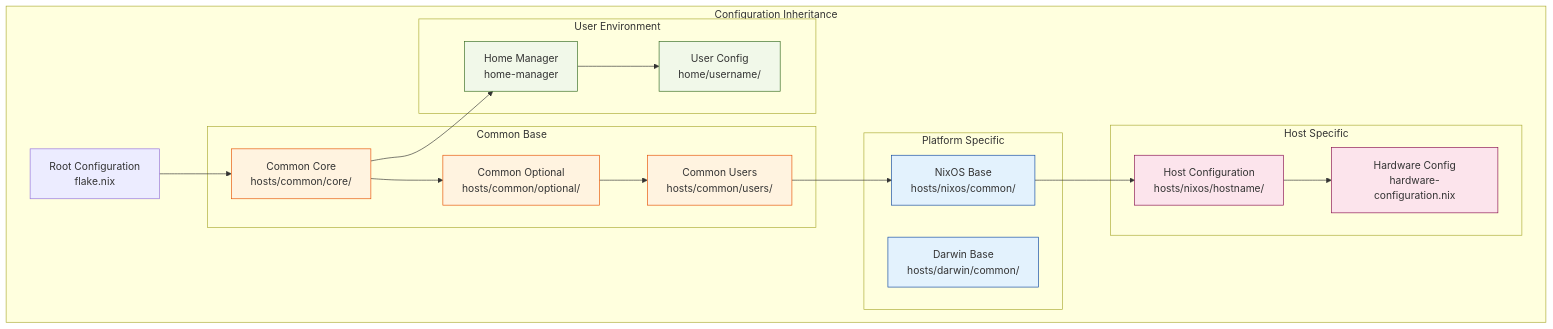
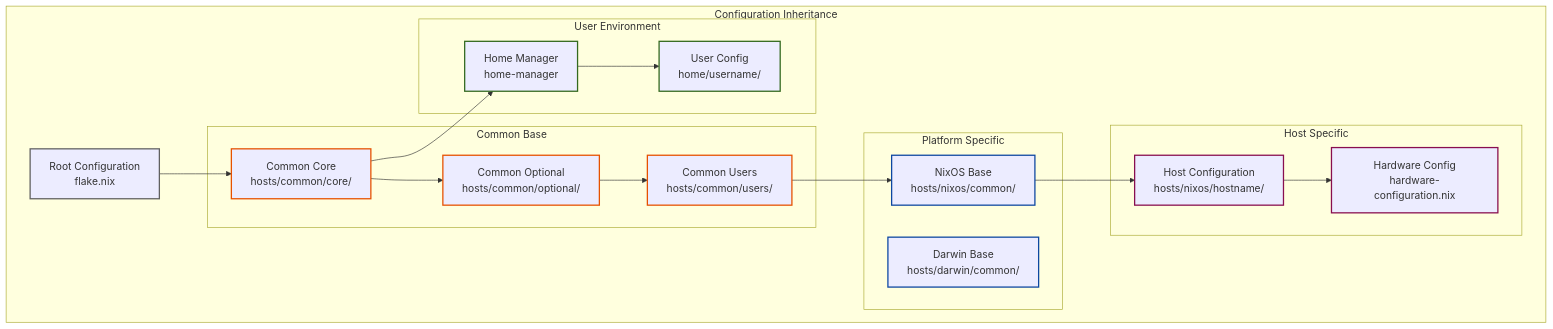
The second of 6 diagrams in mermaid.md (ChanningHe/nix-config), drawn with Mermaid before and after one commit. The commit also changed other lines of this file and 3 other files, not shown here.

````diff
--- a/mermaid.md
+++ b/mermaid.md
@@ -97,47 +111,49 @@
 ```mermaid
 graph TD
     subgraph "Configuration Inheritance"
         Root[Root Configuration<br />flake.nix]
         
         subgraph "Common Base"
             CommonCore[Common Core<br />hosts/common/core/]
             CommonOptional[Common Optional<br />hosts/common/optional/]
             CommonUsers[Common Users<br />hosts/common/users/]
         end
         
         subgraph "Platform Specific"
             NixOSBase[NixOS Base<br />hosts/nixos/common/]
             DarwinBase[Darwin Base<br />hosts/darwin/common/]
         end
         
         subgraph "Host Specific"
             HostConfig[Host Configuration<br />hosts/nixos/hostname/]
             Hardware[Hardware Config<br />hardware-configuration.nix]
         end
         
         subgraph "User Environment"
             HomeManager[Home Manager<br />home-manager]
             UserConfig[User Config<br />home/username/]
         end
     end
 
     Root --> CommonCore
     CommonCore --> CommonOptional
     CommonOptional --> CommonUsers
     CommonUsers --> NixOSBase
     NixOSBase --> HostConfig
     HostConfig --> Hardware
     
     CommonCore --> HomeManager
     HomeManager --> UserConfig
     
-    classDef base fill:#fff3e0,stroke:#e65100
-    classDef platform fill:#e3f2fd,stroke:#0d47a1
-    classDef host fill:#fce4ec,stroke:#880e4f
-    classDef user fill:#f1f8e9,stroke:#33691e
+    classDef base stroke:#e65100,stroke-width:2px
+    classDef platform stroke:#0d47a1,stroke-width:2px
+    classDef host stroke:#880e4f,stroke-width:2px
+    classDef user stroke:#33691e,stroke-width:2px
+    classDef neutral stroke:#616161,stroke-width:2px
     
     class CommonCore,CommonOptional,CommonUsers base
     class NixOSBase,DarwinBase platform
     class HostConfig,Hardware host
     class HomeManager,UserConfig user
+    class Root neutral
 ```
````
